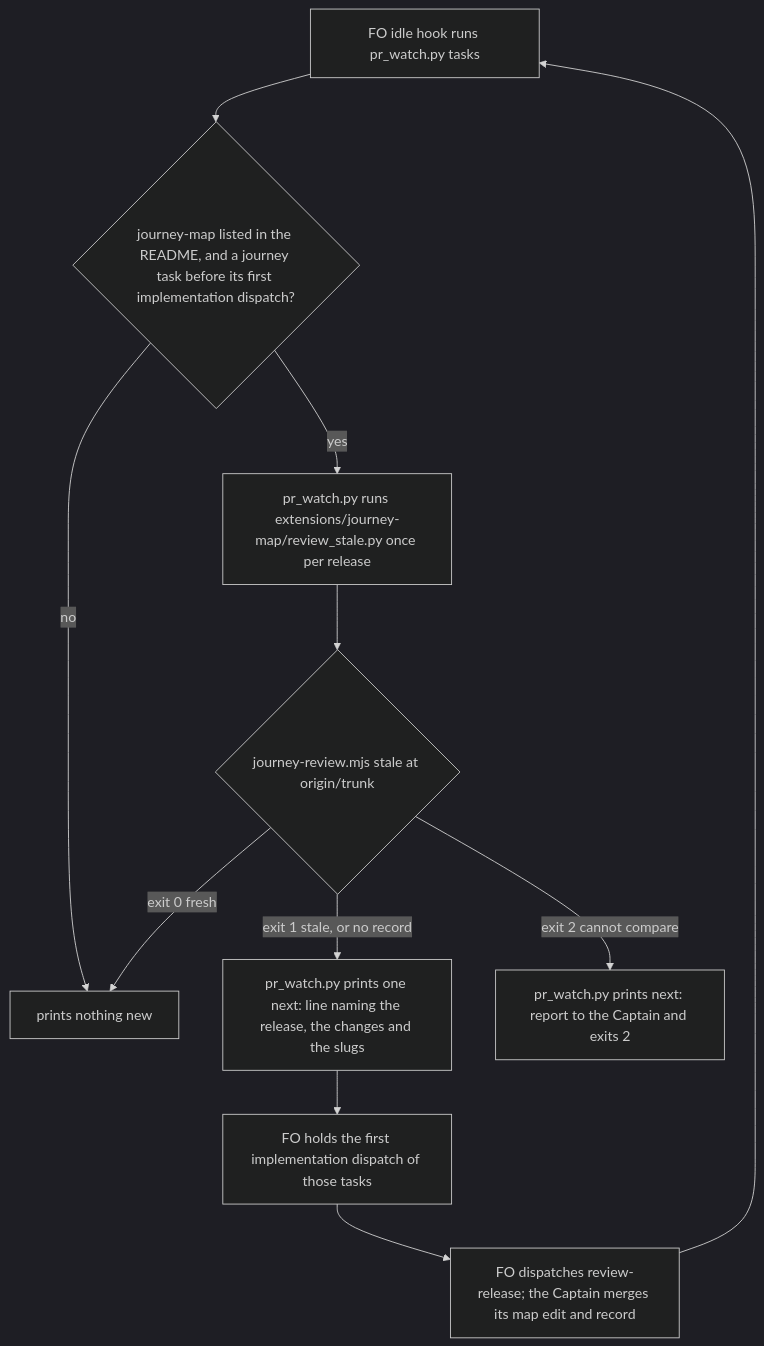
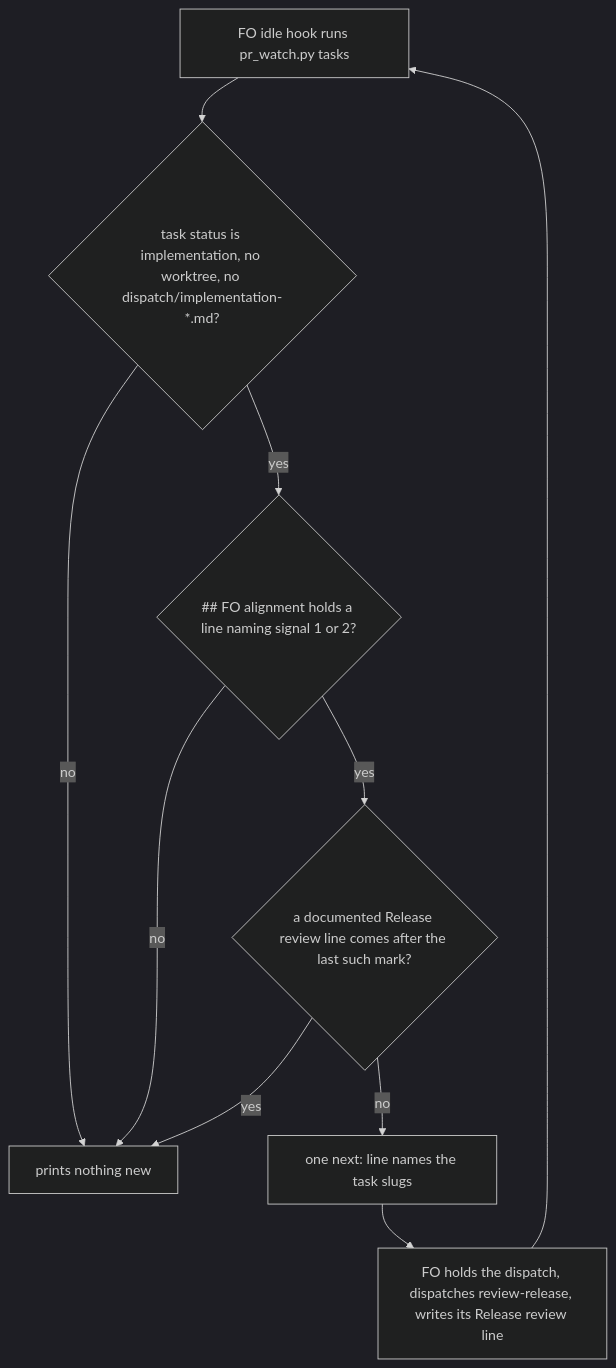
One commit to iamcxa/kc-claude-plugins changed the diagram in release-review-staleness-held-at-dispatch.md. Above: the diagram before and after it, drawn with Mermaid (dark theme). The commit also changed other lines of this file, not shown here.

Commit message:
ideation cycle 2: release-review-staleness-held-at-dispatch reads the task's own record

````diff
--- a/release-review-staleness-held-at-dispatch.md
+++ b/release-review-staleness-held-at-dispatch.md
@@ -65,13 +65,12 @@
 ```mermaid
 flowchart TD
-    I["FO idle hook runs pr_watch.py tasks"] --> L{"journey-map listed in the README, and a journey task before its first implementation dispatch?"}
-    L -- no --> Q["prints nothing new"]
-    L -- yes --> R["pr_watch.py runs extensions/journey-map/review_stale.py once per release"]
-    R --> N{"journey-review.mjs stale at origin/trunk"}
-    N -- "exit 0 fresh" --> Q
-    N -- "exit 1 stale, or no record" --> S["pr_watch.py prints one next: line naming the release, the changes and the slugs"]
-    N -- "exit 2 cannot compare" --> E["pr_watch.py prints next: report to the Captain and exits 2"]
-    S --> H["FO holds the first implementation dispatch of those tasks"]
-    H --> W["FO dispatches review-release; the Captain merges its map edit and record"]
-    W --> I
+    I["FO idle hook runs pr_watch.py tasks"] --> T{"task status is implementation, no worktree, no dispatch/implementation-*.md?"}
+    T -- no --> Q["prints nothing new"]
+    T -- yes --> M{"## FO alignment holds a line naming signal 1 or 2?"}
+    M -- no --> Q
+    M -- yes --> R{"a documented Release review line comes after the last such mark?"}
+    R -- yes --> Q
+    R -- no --> H["one next: line names the task slugs"]
+    H --> F["FO holds the dispatch, dispatches review-release, writes its Release review line"]
+    F --> I
 ```
````
